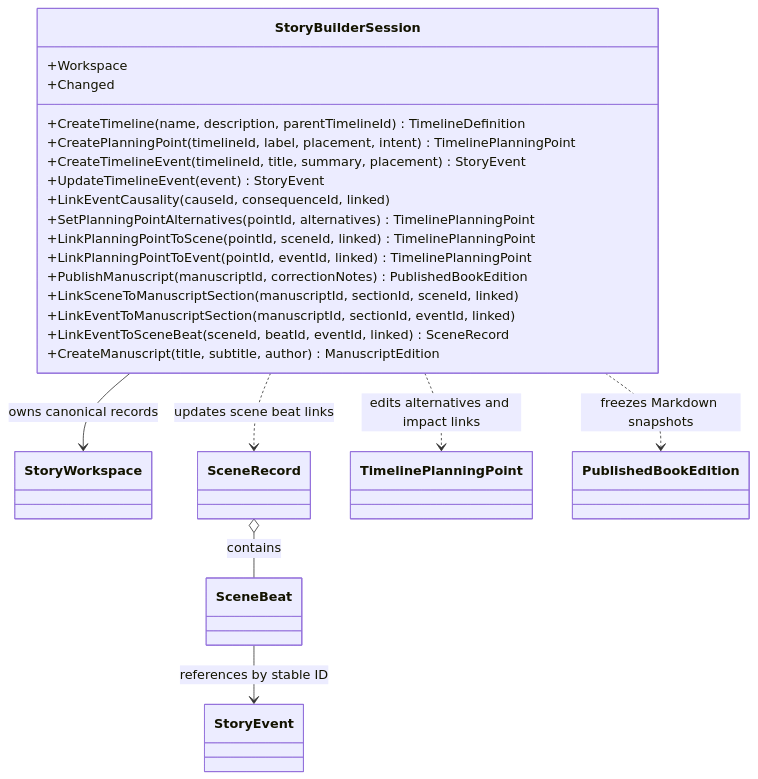
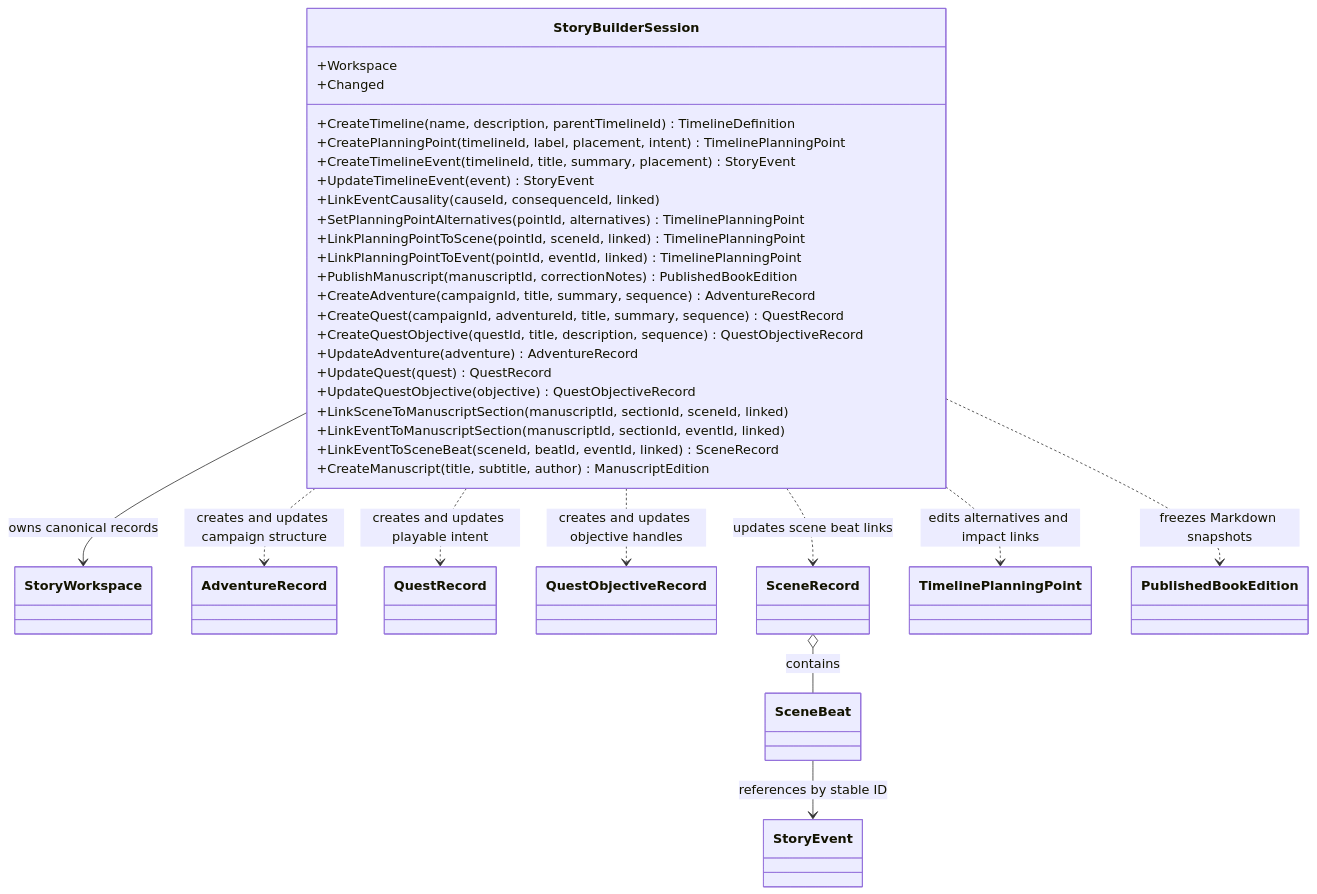
Before and after one commit to TrentBest/StoryBuilder: the diagram in docs/UML/StoryBuilderSessionUML.md, drawn with Mermaid.

Commit message:
Document campaign planning authoring APIs in session UML

````diff
--- a/docs/UML/StoryBuilderSessionUML.md
+++ b/docs/UML/StoryBuilderSessionUML.md
@@ -3,32 +3,44 @@
 ```mermaid
 classDiagram
     class StoryBuilderSession {
         +Workspace
         +CreateTimeline(name, description, parentTimelineId) TimelineDefinition
         +CreatePlanningPoint(timelineId, label, placement, intent) TimelinePlanningPoint
         +CreateTimelineEvent(timelineId, title, summary, placement) StoryEvent
         +UpdateTimelineEvent(event) StoryEvent
         +LinkEventCausality(causeId, consequenceId, linked)
         +SetPlanningPointAlternatives(pointId, alternatives) TimelinePlanningPoint
         +LinkPlanningPointToScene(pointId, sceneId, linked) TimelinePlanningPoint
         +LinkPlanningPointToEvent(pointId, eventId, linked) TimelinePlanningPoint
         +PublishManuscript(manuscriptId, correctionNotes) PublishedBookEdition
+        +CreateAdventure(campaignId, title, summary, sequence) AdventureRecord
+        +CreateQuest(campaignId, adventureId, title, summary, sequence) QuestRecord
+        +CreateQuestObjective(questId, title, description, sequence) QuestObjectiveRecord
+        +UpdateAdventure(adventure) AdventureRecord
+        +UpdateQuest(quest) QuestRecord
+        +UpdateQuestObjective(objective) QuestObjectiveRecord
         +LinkSceneToManuscriptSection(manuscriptId, sectionId, sceneId, linked)
         +LinkEventToManuscriptSection(manuscriptId, sectionId, eventId, linked)
         +LinkEventToSceneBeat(sceneId, beatId, eventId, linked) SceneRecord
         +CreateManuscript(title, subtitle, author) ManuscriptEdition
         +Changed
     }
     class StoryWorkspace
+    class AdventureRecord
+    class QuestRecord
+    class QuestObjectiveRecord
     class SceneRecord
     class SceneBeat
     class TimelinePlanningPoint
     class PublishedBookEdition
     class StoryEvent
     StoryBuilderSession --> StoryWorkspace : owns canonical records
+    StoryBuilderSession ..> AdventureRecord : creates and updates campaign structure
+    StoryBuilderSession ..> QuestRecord : creates and updates playable intent
+    StoryBuilderSession ..> QuestObjectiveRecord : creates and updates objective handles
     StoryBuilderSession ..> TimelinePlanningPoint : edits alternatives and impact links
     StoryBuilderSession ..> PublishedBookEdition : freezes Markdown snapshots
     StoryBuilderSession ..> SceneRecord : updates scene beat links
     SceneRecord o-- SceneBeat : contains
     SceneBeat --> StoryEvent : references by stable ID
 ```
````
